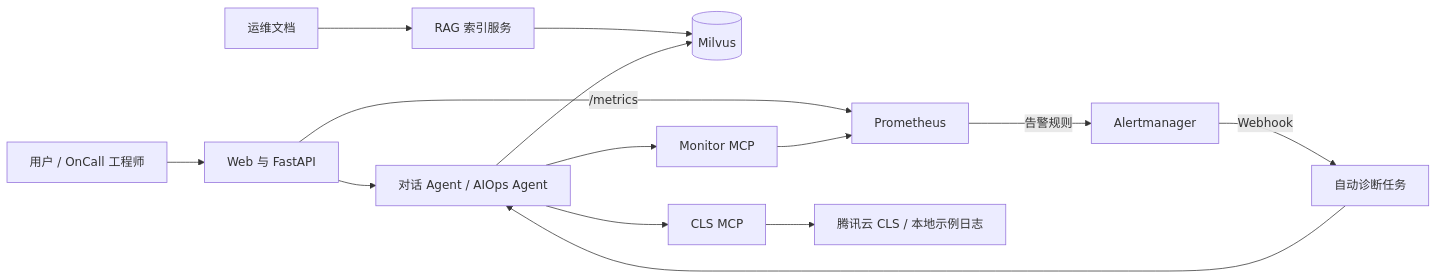
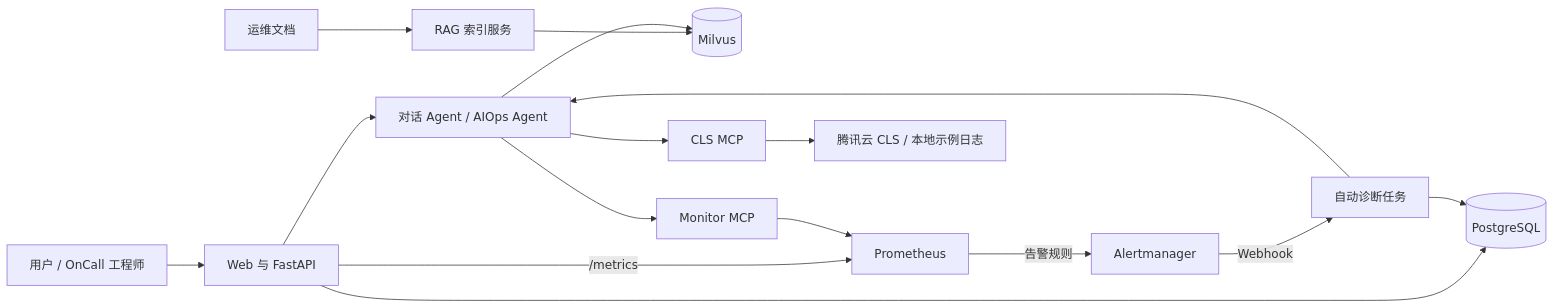
One commit to relievedkk/ai-oncall-diagnosis-platform changed the diagram in README.md. Above: the diagram before and after it, drawn with Mermaid. The commit also changed other lines of this file and 23 other files, not shown here.

Commit message:
feat: persist diagnosis workflow in PostgreSQL

````diff
--- a/README.md
+++ b/README.md
@@ -20,16 +20,18 @@
 ```mermaid
 flowchart LR
     User[用户 / OnCall 工程师] --> Web[Web 与 FastAPI]
     Docs[运维文档] --> RAG[RAG 索引服务]
     RAG --> Milvus[(Milvus)]
+    Web --> PostgreSQL[(PostgreSQL)]
     Web --> Agent[对话 Agent / AIOps Agent]
     Agent --> Milvus
     Agent --> Monitor[Monitor MCP]
     Agent --> CLS[CLS MCP]
     Web -->|/metrics| Prometheus[Prometheus]
     Prometheus -->|告警规则| Alertmanager[Alertmanager]
     Alertmanager -->|Webhook| Jobs[自动诊断任务]
     Jobs --> Agent
+    Jobs --> PostgreSQL
     Monitor --> Prometheus
     CLS --> Logs[腾讯云 CLS / 本地示例日志]
 ```
````
